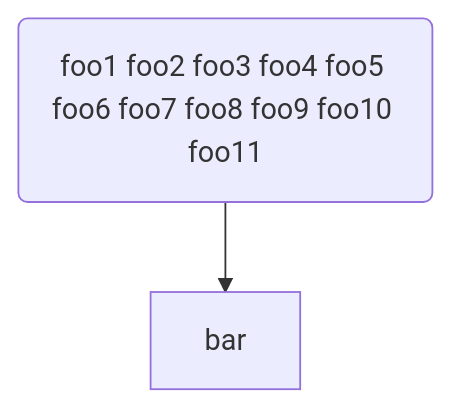
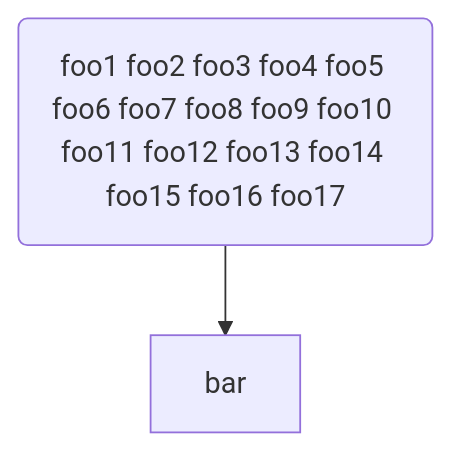
Before and after one commit to funjobie/OpenSwordArtsVR: diagram 15 of 16 in sandbox/MerMaid_diagram_integration.md, drawn with Mermaid. The commit also changed other lines of this file, not shown here.

Commit message:
refine troubleshooting example

````diff
--- a/sandbox/MerMaid_diagram_integration.md
+++ b/sandbox/MerMaid_diagram_integration.md
@@ -200,4 +200,4 @@
 ```mermaid
 flowchart TD
-    foo("foo1 foo2 foo3 foo4 foo5 foo6 foo7 foo8 foo9 foo10 foo11") --> bar
+    foo("foo1 foo2 foo3 foo4 foo5 foo6 foo7 foo8 foo9 foo10 foo11 foo12 foo13 foo14 foo15 foo16 foo17") --> bar
 ```
````
